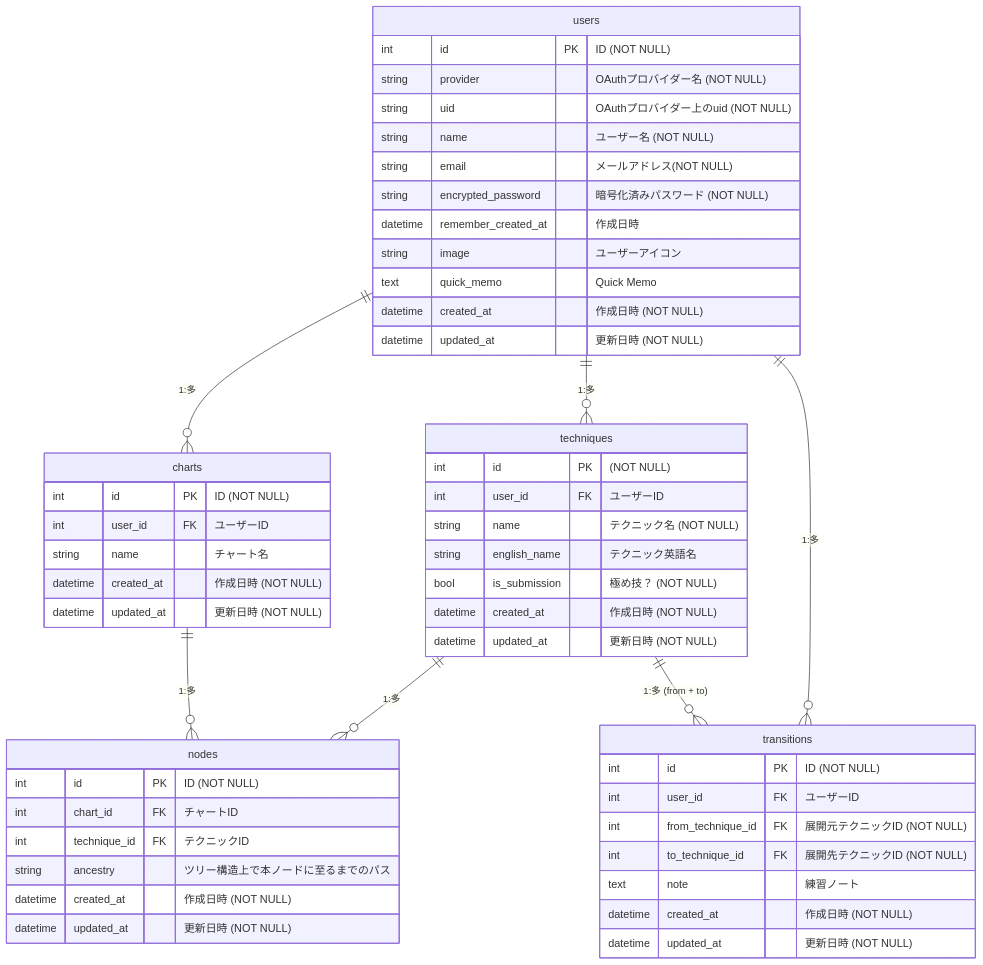
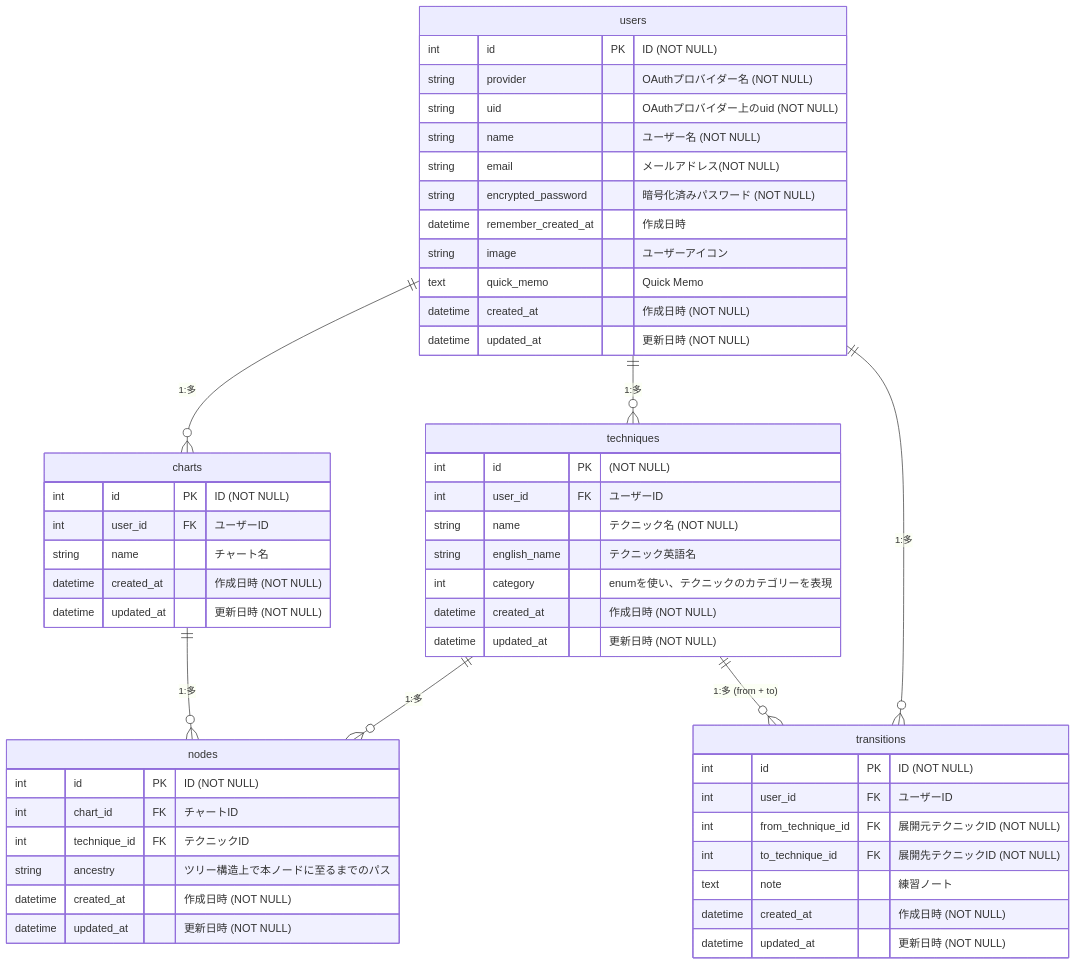
The diagram in README.md (m-deura/bjj_flow_tracker), drawn with Mermaid before and after one commit. The commit also changed 3 other files, not shown here.

````diff
--- a/README.md
+++ b/README.md
@@ -95,62 +95,62 @@
 ```mermaid
 erDiagram
   users {
     int id PK "ID (NOT NULL)"
     string provider "OAuthプロバイダー名 (NOT NULL)"
     string uid "OAuthプロバイダー上のuid (NOT NULL)"
     string name "ユーザー名 (NOT NULL)"
     string email "メールアドレス(NOT NULL)"
     string encrypted_password "暗号化済みパスワード (NOT NULL)"
     datetime remember_created_at "作成日時"
     string image "ユーザーアイコン"
     text quick_memo "Quick Memo"
     datetime created_at "作成日時 (NOT NULL)"
     datetime updated_at "更新日時 (NOT NULL)"
   }
 
   techniques {
     int id PK "(NOT NULL)"
     int user_id FK "ユーザーID"
     string name "テクニック名 (NOT NULL)"
     string english_name "テクニック英語名"
-    bool is_submission "極め技？ (NOT NULL)"
+    int category "enumを使い、テクニックのカテゴリーを表現"
     datetime created_at "作成日時 (NOT NULL)"
     datetime updated_at "更新日時 (NOT NULL)"
   }
 
   transitions {
     int id PK "ID (NOT NULL)"
     int user_id FK "ユーザーID"
     int from_technique_id FK "展開元テクニックID (NOT NULL)"
     int to_technique_id FK "展開先テクニックID (NOT NULL)"
     text note "練習ノート"
     datetime created_at "作成日時 (NOT NULL)"
     datetime updated_at "更新日時 (NOT NULL)"
   }
 
   charts {
     int id PK "ID (NOT NULL)"
     int user_id FK "ユーザーID"
     string name "チャート名"
     datetime created_at "作成日時 (NOT NULL)"
     datetime updated_at "更新日時 (NOT NULL)"
   }
 
   nodes {
     int id PK "ID (NOT NULL)"
     int chart_id FK "チャートID"
     int technique_id FK "テクニックID"
     string ancestry "ツリー構造上で本ノードに至るまでのパス"
     datetime created_at "作成日時 (NOT NULL)"
     datetime updated_at "更新日時 (NOT NULL)"
   }
 
   users ||--o{ techniques : "1:多"
   users ||--o{ charts : "1:多"
   users ||--o{ transitions : "1:多"
 
   techniques ||--o{ nodes : "1:多"
   techniques ||--o{ transitions : "1:多 (from + to)"
 
   charts ||--o{ nodes : "1:多"
 ```
````
